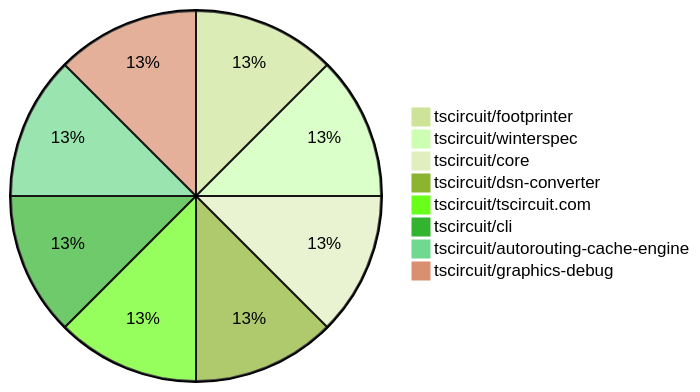
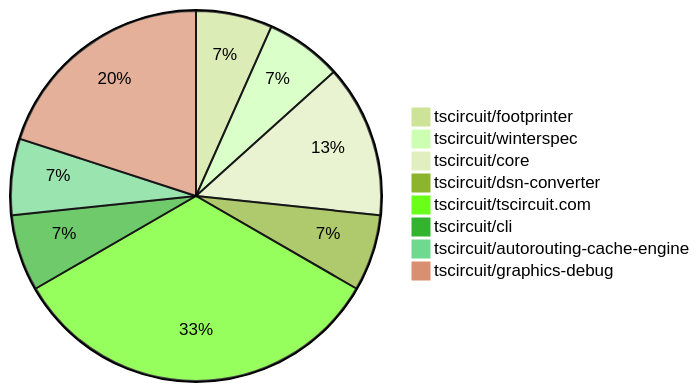
The diagram in README.md (tscircuit/contribution-tracker), drawn with Mermaid (forest theme) before and after one commit. The commit also changed other lines of this file and 2 other files, not shown here.

````diff
--- a/README.md
+++ b/README.md
@@ -24,11 +24,11 @@
 ```mermaid
 pie
     "tscircuit/footprinter" : 1
     "tscircuit/winterspec" : 1
-    "tscircuit/core" : 1
+    "tscircuit/core" : 2
     "tscircuit/dsn-converter" : 1
-    "tscircuit/tscircuit.com" : 1
+    "tscircuit/tscircuit.com" : 5
     "tscircuit/cli" : 1
     "tscircuit/autorouting-cache-engine" : 1
-    "tscircuit/graphics-debug" : 1
+    "tscircuit/graphics-debug" : 3
 ```
````
